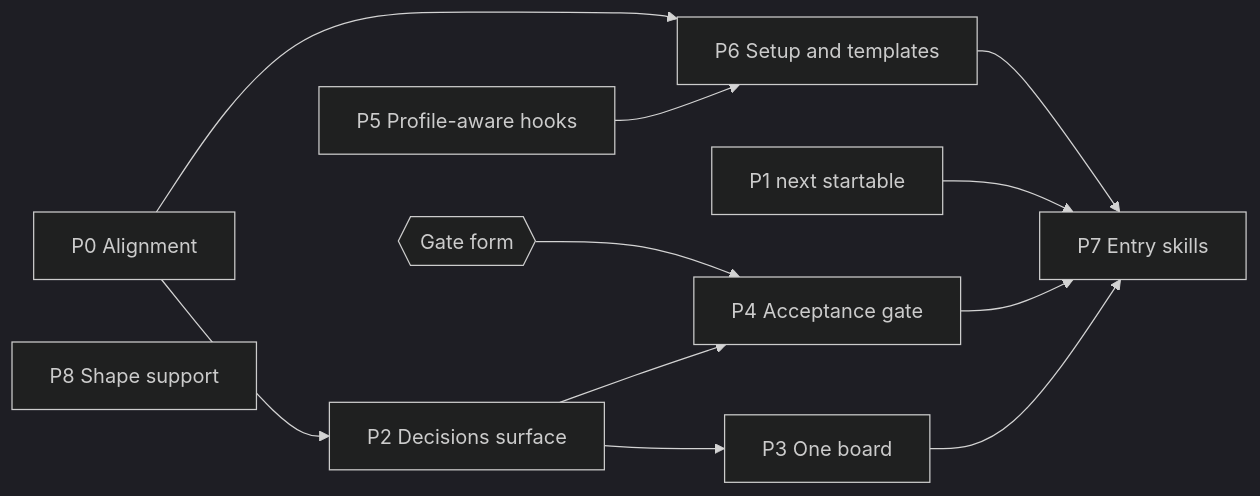
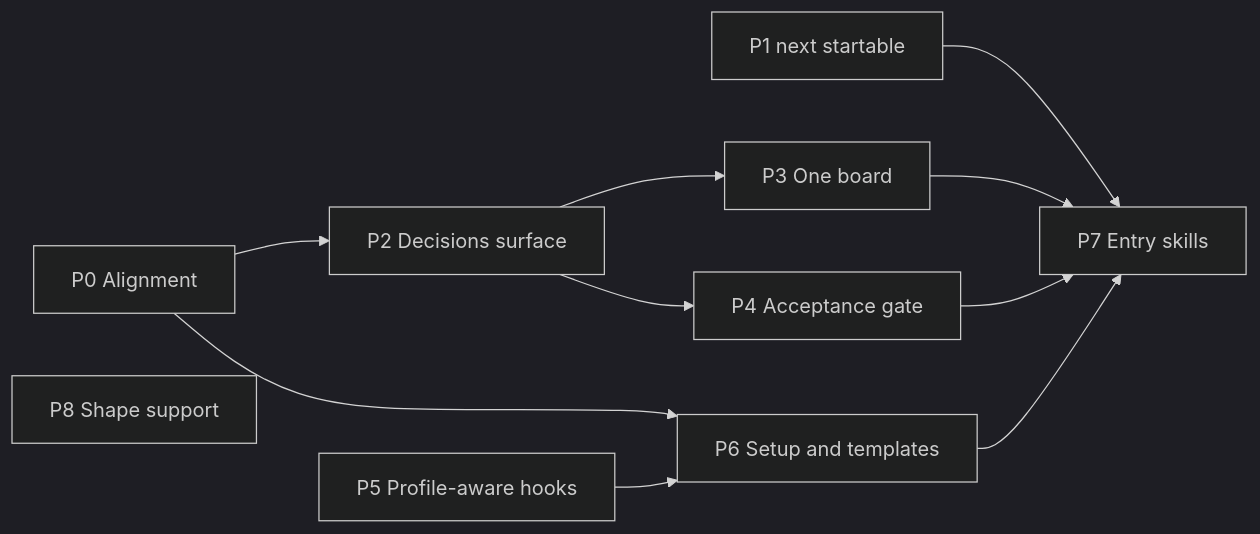
The diagram in design/architecture-breakdown.md (jpicklyk/task-orchestrator), drawn with Mermaid (dark theme) before and after one commit. The commit also changed other lines of this file and 5 other files, not shown here.

First line of the commit message:
docs(design): record the gate form, rank and template-record decisions [e1d2194b]

````diff
--- a/design/architecture-breakdown.md
+++ b/design/architecture-breakdown.md
@@ -121,15 +121,14 @@
 ```mermaid
 flowchart LR
   P0[P0 Alignment] --> P2[P2 Decisions surface]
   P0 --> P6[P6 Setup and templates]
   P1[P1 next startable]
   P5[P5 Profile-aware hooks] --> P6
   P8[P8 Shape support]
   P2 --> P3[P3 One board]
-  G{{Gate form}} --> P4[P4 Acceptance gate]
-  P2 --> P4
+  P2 --> P4[P4 Acceptance gate]
   P1 --> P7[P7 Entry skills]
   P3 --> P7
   P4 --> P7
   P6 --> P7
 ```
````
